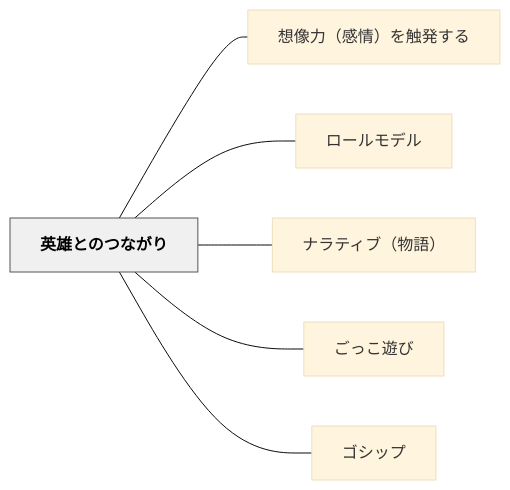
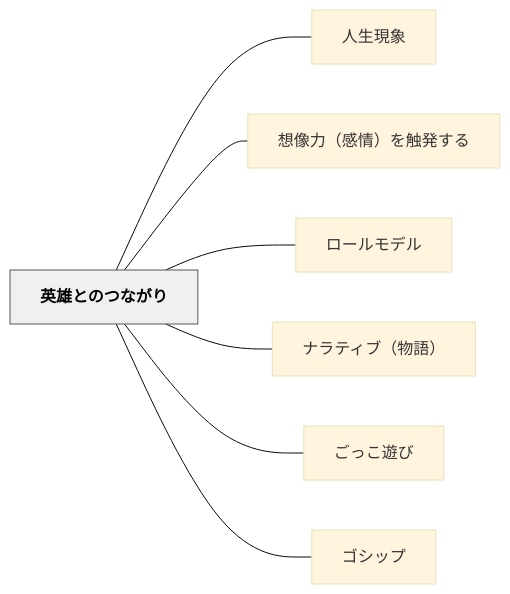
Before and after one commit to unknownthings-ed-patterns/unknownthings-ed-patterns: the diagram in content/パタン/英雄とのつながり.md, drawn with Mermaid (base theme). The commit also changed other lines of this file and 473 other files, not shown here.

````diff
--- a/content/パタン/英雄とのつながり.md
+++ b/content/パタン/英雄とのつながり.md
@@ -48,18 +49,20 @@
 ```mermaid
 flowchart LR
     ne88bb1e99b84["英雄とのつながり"]
+    ne4babae7949f["人生現象"]
     ne683b3e5838f["想像力（感情）を触発する"]
     ne383ade383bc["ロールモデル"]
     ne3838ae383a9["ナラティブ（物語）"]
     ne38194e381a3["ごっこ遊び"]
     ne382b4e382b7["ゴシップ"]
 
+    ne88bb1e99b84 --- ne4babae7949f
     ne88bb1e99b84 --- ne683b3e5838f
     ne88bb1e99b84 --- ne383ade383bc
     ne88bb1e99b84 --- ne3838ae383a9
     ne88bb1e99b84 --- ne38194e381a3
     ne88bb1e99b84 --- ne382b4e382b7
 
     classDef hub fill:#f0f0f0,stroke:#555,color:#000,font-weight:bold
     class ne88bb1e99b84 hub
 ```
````
